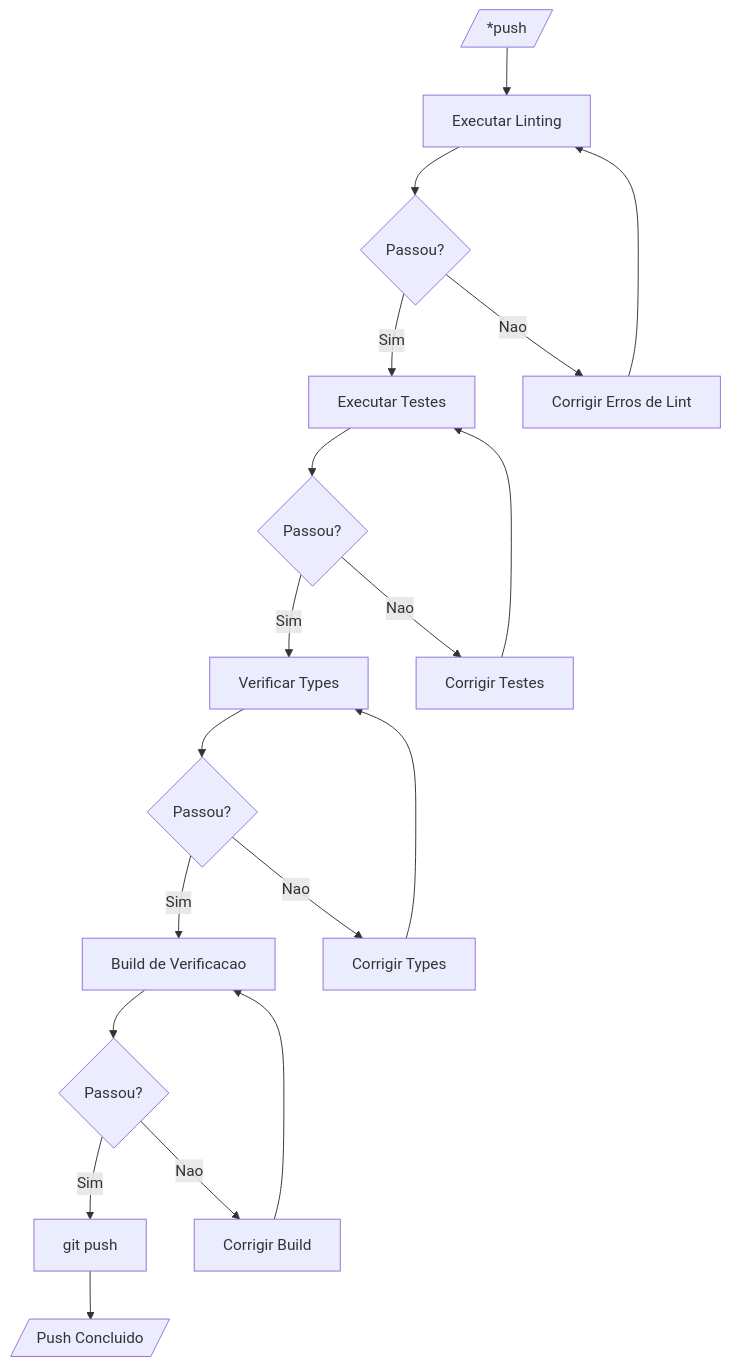
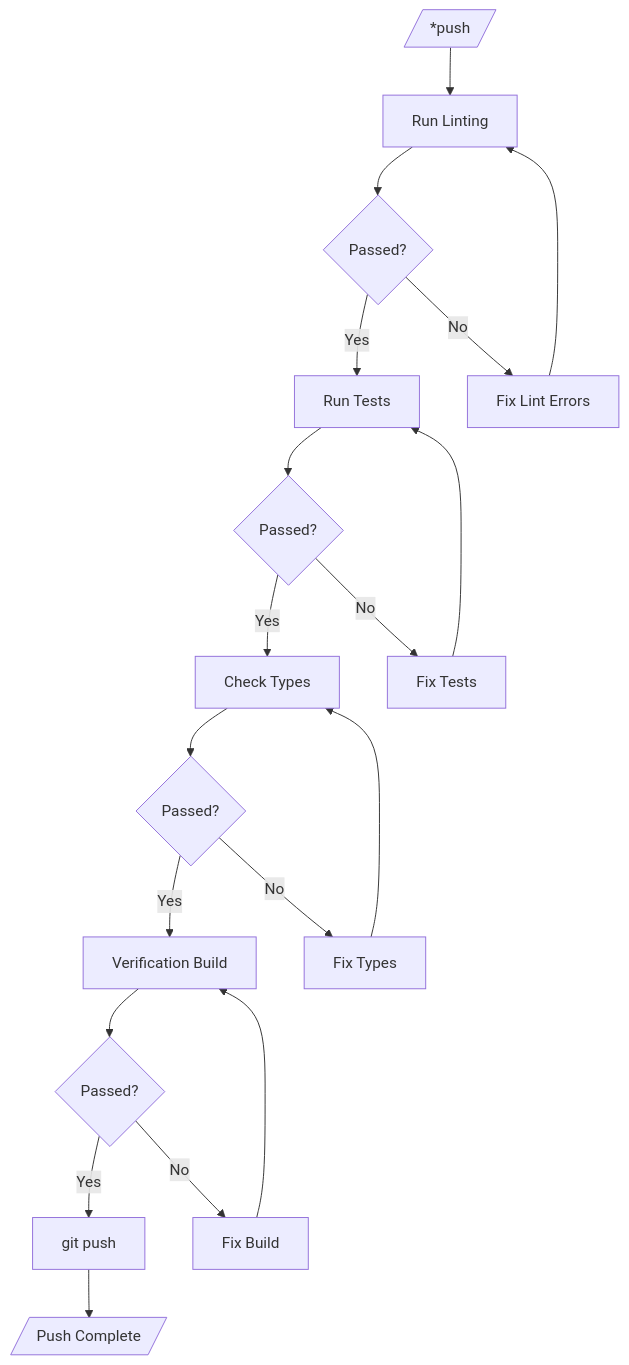
The second of 7 diagrams in docs/aexos-agent-flows/devops-system.md (CyryxLabs/AEXOS), drawn with Mermaid before and after one commit. The commit also changed other lines of this file and 528 other files, not shown here.

````diff
--- a/docs/aexos-agent-flows/devops-system.md
+++ b/docs/aexos-agent-flows/devops-system.md
@@ -130,25 +130,25 @@
 ```mermaid
 flowchart TD
-    START[/"*push"/] --> LINT["Executar Linting"]
-    LINT --> LINT_OK{Passou?}
-    LINT_OK -->|Sim| TEST["Executar Testes"]
-    LINT_OK -->|Nao| FIX_LINT["Corrigir Erros de Lint"]
+    START[/"*push"/] --> LINT["Run Linting"]
+    LINT --> LINT_OK{Passed?}
+    LINT_OK -->|Yes| TEST["Run Tests"]
+    LINT_OK -->|No| FIX_LINT["Fix Lint Errors"]
     FIX_LINT --> LINT
 
-    TEST --> TEST_OK{Passou?}
-    TEST_OK -->|Sim| TYPE["Verificar Types"]
-    TEST_OK -->|Nao| FIX_TEST["Corrigir Testes"]
+    TEST --> TEST_OK{Passed?}
+    TEST_OK -->|Yes| TYPE["Check Types"]
+    TEST_OK -->|No| FIX_TEST["Fix Tests"]
     FIX_TEST --> TEST
 
-    TYPE --> TYPE_OK{Passou?}
-    TYPE_OK -->|Sim| BUILD["Build de Verificacao"]
-    TYPE_OK -->|Nao| FIX_TYPE["Corrigir Types"]
+    TYPE --> TYPE_OK{Passed?}
+    TYPE_OK -->|Yes| BUILD["Verification Build"]
+    TYPE_OK -->|No| FIX_TYPE["Fix Types"]
     FIX_TYPE --> TYPE
 
-    BUILD --> BUILD_OK{Passou?}
-    BUILD_OK -->|Sim| PUSH["git push"]
-    BUILD_OK -->|Nao| FIX_BUILD["Corrigir Build"]
+    BUILD --> BUILD_OK{Passed?}
+    BUILD_OK -->|Yes| PUSH["git push"]
+    BUILD_OK -->|No| FIX_BUILD["Fix Build"]
     FIX_BUILD --> BUILD
 
-    PUSH --> SUCCESS[/"Push Concluido"/]
+    PUSH --> SUCCESS[/"Push Complete"/]
 ```
````
